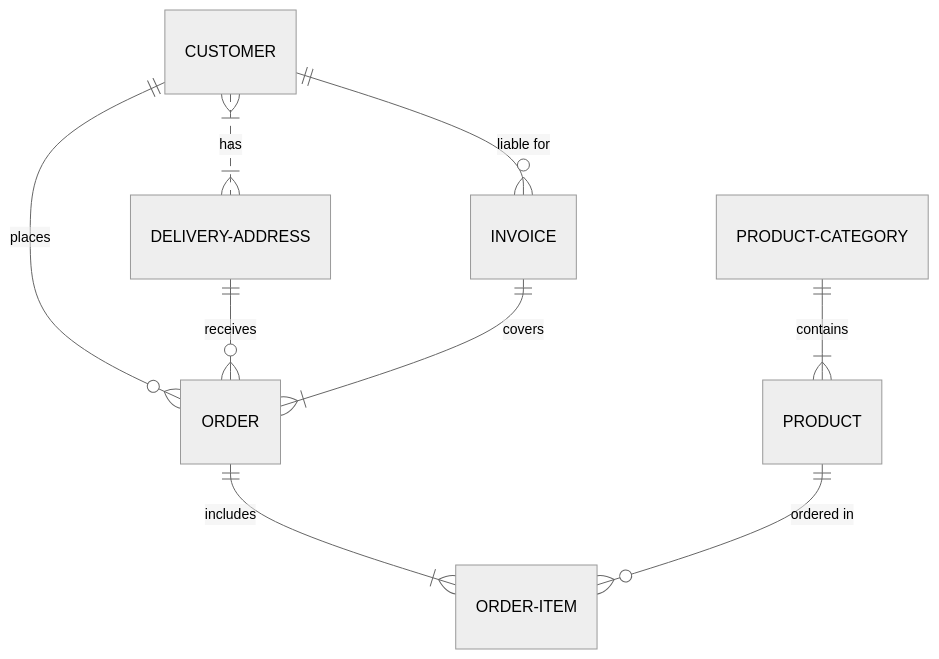
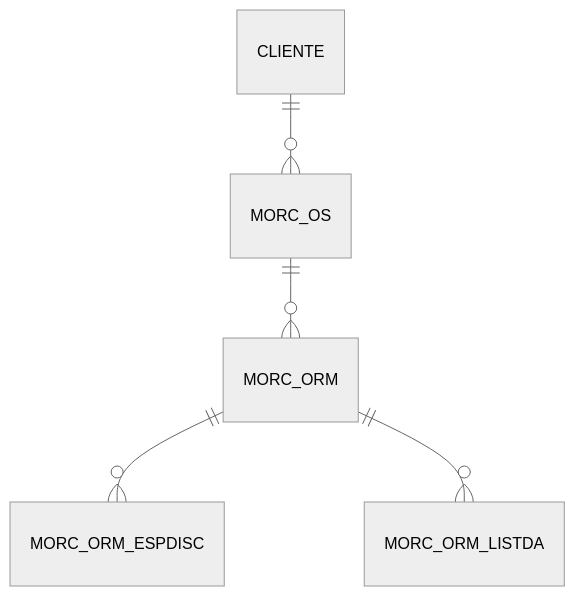
Before and after one commit to paulobls/blossom: the second of 2 diagrams in requisitos/importacao-planilha-documentos-atividades.md, drawn with Mermaid (neutral theme). The commit also changed other lines of this file, not shown here.

````diff
--- a/requisitos/importacao-planilha-documentos-atividades.md
+++ b/requisitos/importacao-planilha-documentos-atividades.md
@@ -72,11 +72,7 @@
 ```mermaid
 erDiagram
-    CUSTOMER }|..|{ DELIVERY-ADDRESS : "has"
-    CUSTOMER ||--o{ ORDER : "places"
-    CUSTOMER ||--o{ INVOICE : "liable for"
-    DELIVERY-ADDRESS ||--o{ ORDER : "receives"
-    INVOICE ||--|{ ORDER : "covers"
-    ORDER ||--|{ ORDER-ITEM : "includes"
-    PRODUCT-CATEGORY ||--|{ PRODUCT : "contains"
-    PRODUCT ||--o{ ORDER-ITEM : "ordered in"
+    CLIENTE ||--o{ MORC_OS : ""
+    MORC_OS ||--o{ MORC_ORM : ""
+    MORC_ORM ||--o{ MORC_ORM_ESPDISC : ""
+    MORC_ORM ||--o{ MORC_ORM_LISTDA : ""
 ```
````
